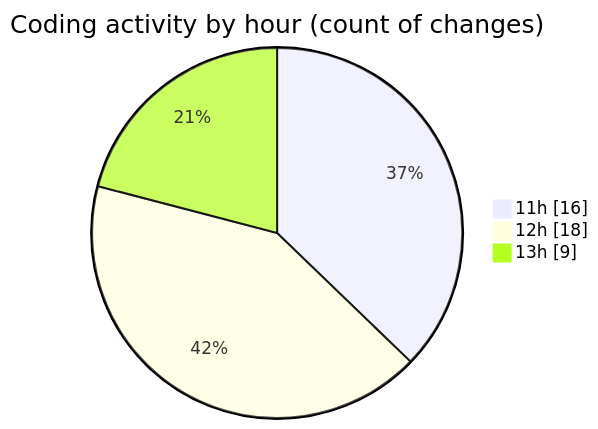
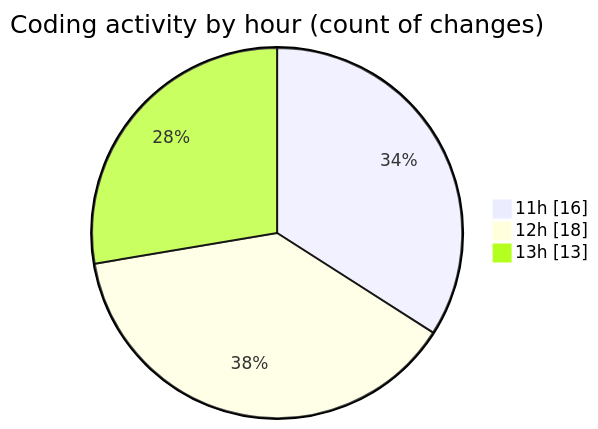
One commit to nxtqubesakshisongat/code-tracking changed the second of 2 diagrams in 2025-10-01/nxtqube_webapp/README.md. Above: the diagram before and after it, drawn with Mermaid. The commit also changed other lines of this file and 1 other file, not shown here.

````diff
--- a/2025-10-01/nxtqube_webapp/README.md
+++ b/2025-10-01/nxtqube_webapp/README.md
@@ -31,7 +31,7 @@
 ```mermaid
 pie showData
 title Coding activity by hour (count of changes)
 "11h" : 16
 "12h" : 18
-"13h" : 9
+"13h" : 13
 ```
````
